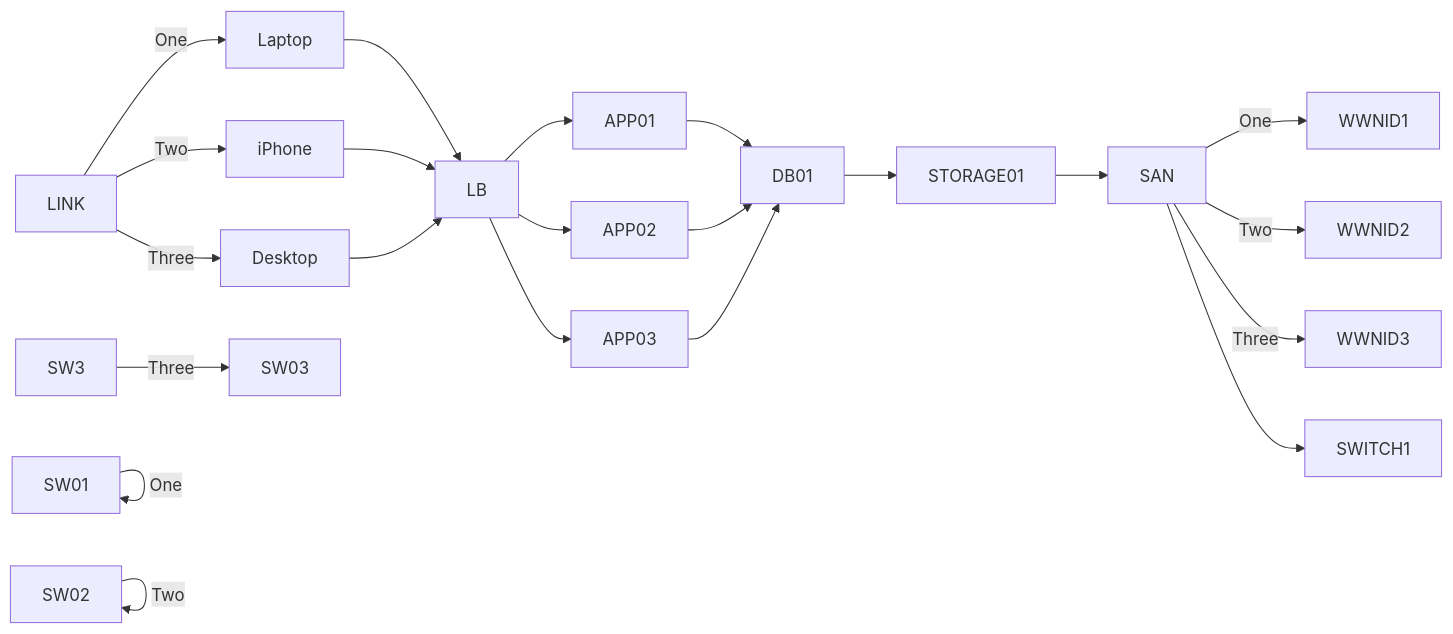
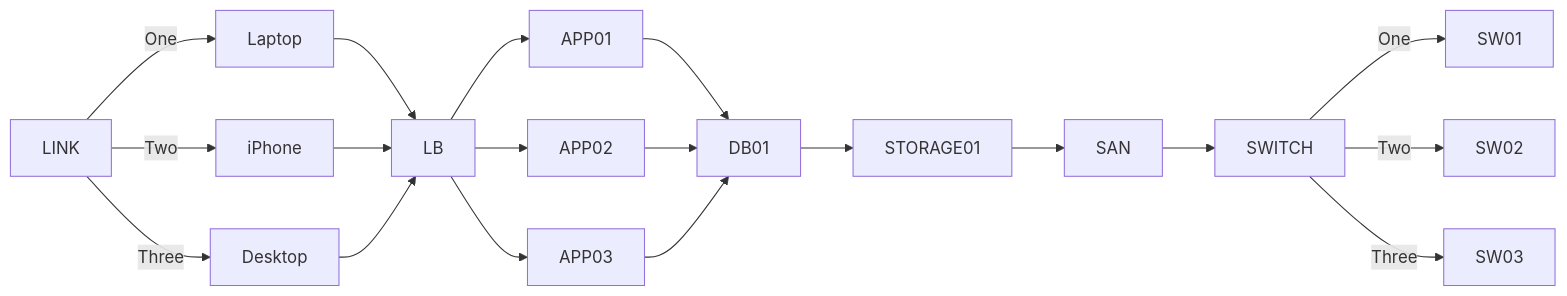
One commit to alexbmw00/teste changed the diagram in README.md. Above: the diagram before and after it, drawn with Mermaid.

````diff
--- a/README.md
+++ b/README.md
@@ -4,28 +4,25 @@
 ```mermaid
 
 graph LR;
   LINK -->|One| C1[Laptop]
   LINK -->|Two| C2[iPhone]
   LINK -->|Three| C3[Desktop]
   C1 -->LB;
   C2 -->LB;
   C3 -->LB;  
 
   LB-->APP01; 
   LB-->APP02; 
   LB-->APP03; 
   APP01-->DB01;
   APP02-->DB01;
   APP03-->DB01;
   DB01-->STORAGE01;
   
   STORAGE01-->SAN
-  SAN -->|One| SAN1[WWNID1]
-  SAN -->|Two| SAN2[WWNID2]
-  SAN -->|Three| SAN3[WWNID3]
-  
-  SAN -->SWITCH1;
-  SW1 -->|One| SW1[SW01];
-  SW2 -->|Two| SW2[SW02];
-  SW3 -->|Three| SW[SW03];
+  SAN -->SWITCH;
+    
+  SWITCH -->|One| SW1[SW01];
+  SWITCH -->|Two| SW2[SW02];
+  SWITCH -->|Three| SW3[SW03];
   ```
````
